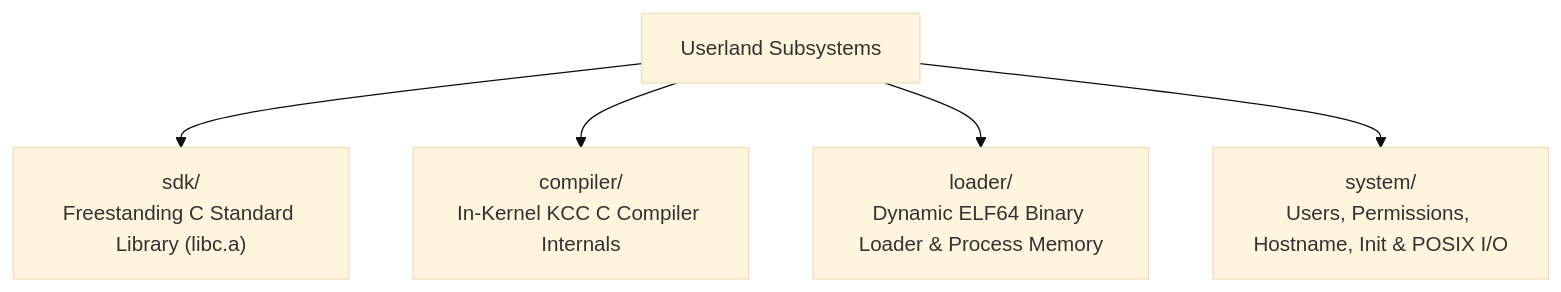
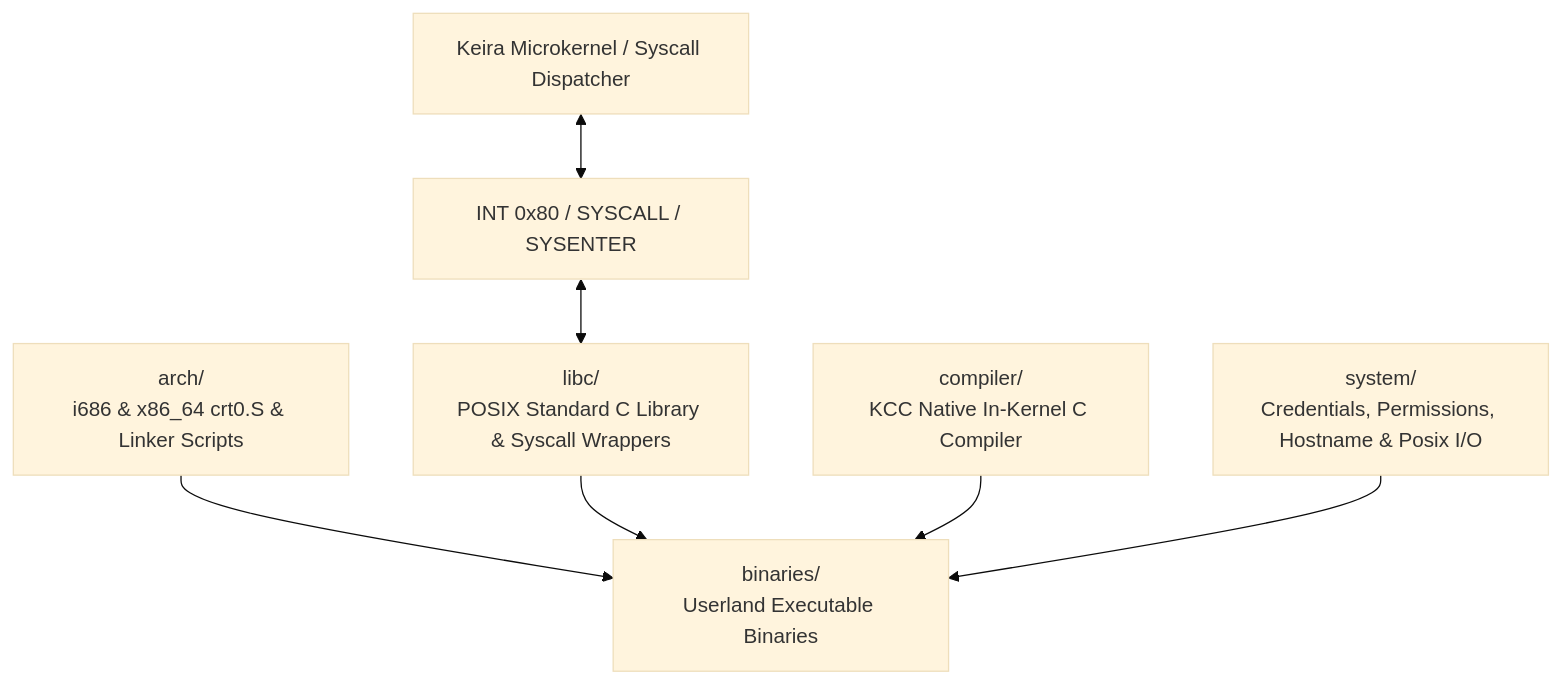
One commit to mrvlous/keira changed the diagram in docs/userland/README.md. Above: the diagram before and after it, drawn with Mermaid (base theme). The commit also changed other lines of this file and 58 other files, not shown here.

Commit message:
docs(userland): modularize ring 3 runtime, libc, native compiler and binaries documentation

````diff
--- a/docs/userland/README.md
+++ b/docs/userland/README.md
@@ -11,7 +11,9 @@
 ```mermaid
 graph TD
-    Userland["Userland Subsystems"] --> SDK["sdk/<br/>Freestanding C Standard Library (libc.a)"]
-    Userland --> Compiler["compiler/<br/>In-Kernel KCC C Compiler Internals"]
-    Userland --> Loader["loader/<br/>Dynamic ELF64 Binary Loader & Process Memory"]
-    Userland --> System["system/<br/>Users, Permissions, Hostname, Init & POSIX I/O"]
+    Kernel["Keira Microkernel / Syscall Dispatcher"] <--> Trap["INT 0x80 / SYSCALL / SYSENTER"]
+    Trap <--> Libc["libc/<br/>POSIX Standard C Library & Syscall Wrappers"]
+    Arch["arch/<br/>i686 & x86_64 crt0.S & Linker Scripts"] --> Binaries["binaries/<br/>Userland Executable Binaries"]
+    Libc --> Binaries
+    Compiler["compiler/<br/>KCC Native In-Kernel C Compiler"] --> Binaries
+    System["system/<br/>Credentials, Permissions, Hostname & Posix I/O"] --> Binaries
 ```
````
